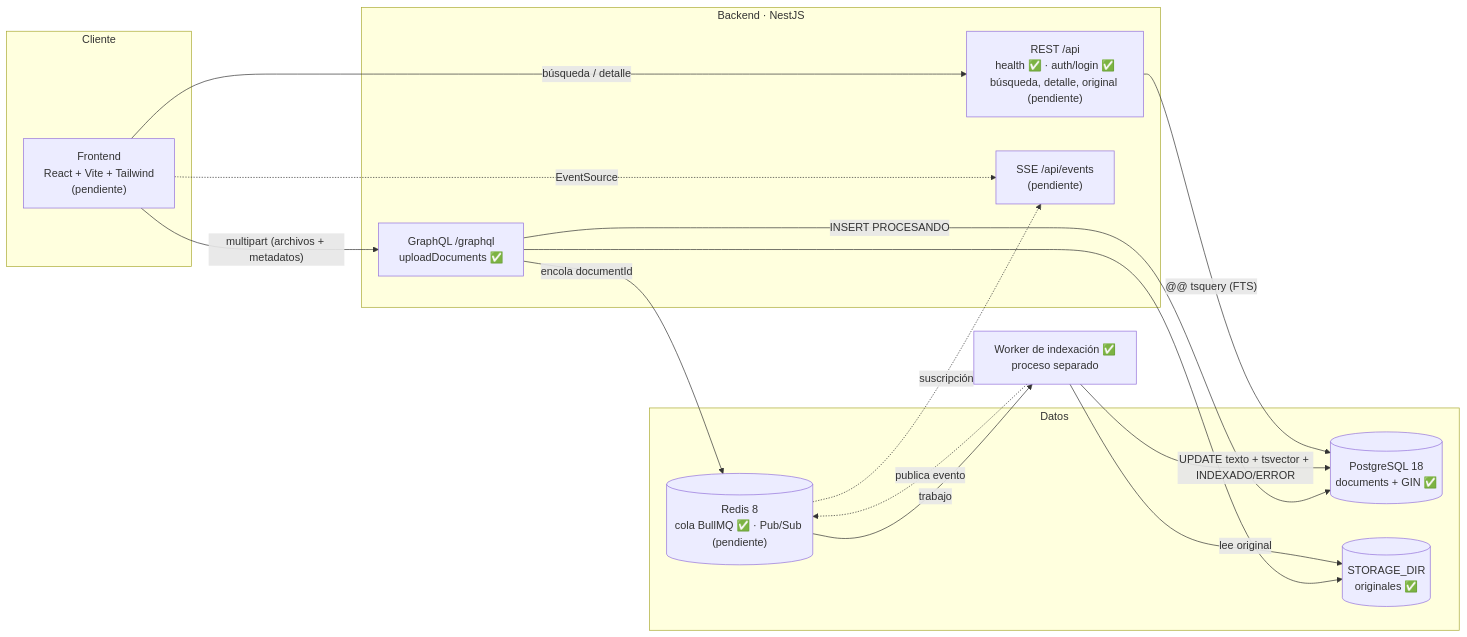
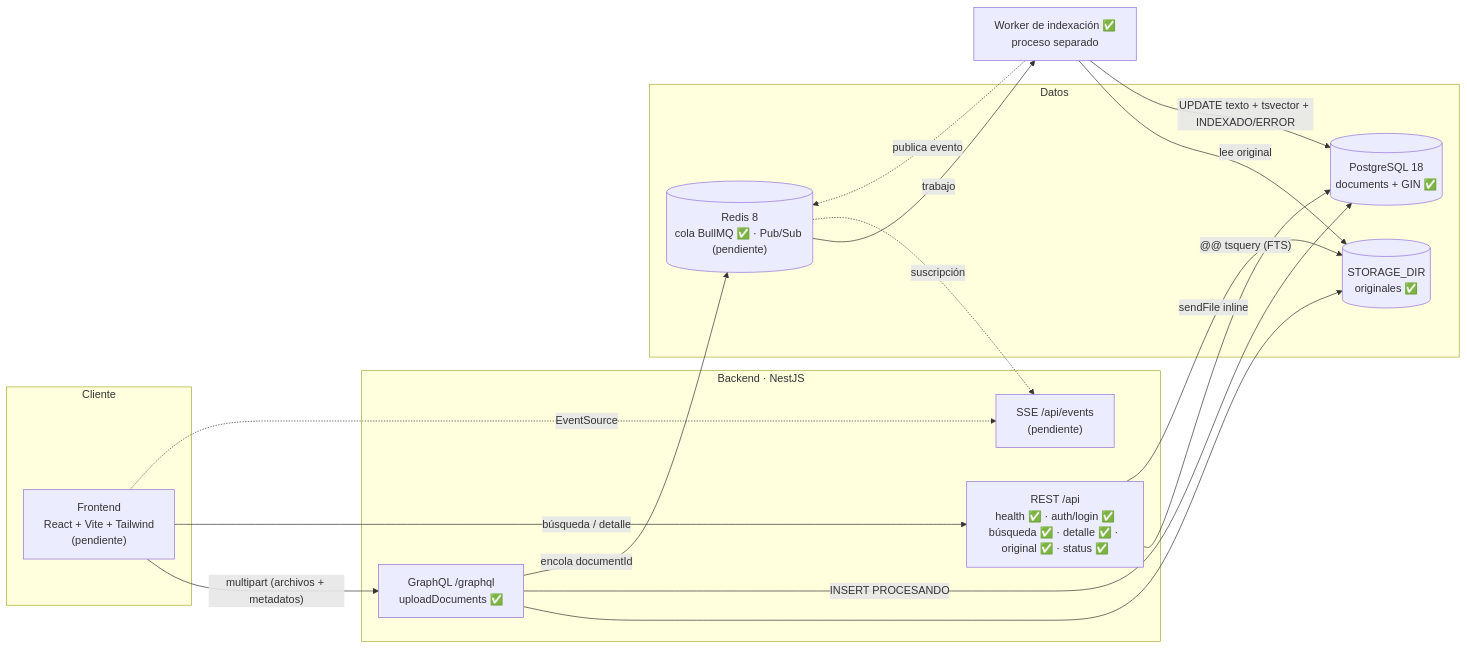
One commit to camilollamas/pt_documental changed the diagram in docs/architecture.md. Above: the diagram before and after it, drawn with Mermaid. The commit also changed other lines of this file and 10 other files, not shown here.

First line of the commit message:
feat(search): búsqueda full-text paginada con resaltado seguro, detalle y original

````diff
--- a/docs/architecture.md
+++ b/docs/architecture.md
@@ -7,33 +7,34 @@
 ```mermaid
 flowchart LR
     subgraph Cliente
         UI["Frontend<br/>React + Vite + Tailwind<br/>(pendiente)"]
     end
 
     subgraph API["Backend · NestJS"]
         GQL["GraphQL /graphql<br/>uploadDocuments ✅"]
-        REST["REST /api<br/>health ✅ · auth/login ✅<br/>búsqueda, detalle, original (pendiente)"]
+        REST["REST /api<br/>health ✅ · auth/login ✅<br/>búsqueda ✅ · detalle ✅ · original ✅ · status ✅"]
         SSE["SSE /api/events<br/>(pendiente)"]
     end
 
     subgraph Datos
         PG[("PostgreSQL 18<br/>documents + GIN ✅")]
         FS[("STORAGE_DIR<br/>originales ✅")]
         RQ[("Redis 8<br/>cola BullMQ ✅ · Pub/Sub (pendiente)")]
     end
 
     W["Worker de indexación ✅<br/>proceso separado"]
 
     UI -- "multipart (archivos + metadatos)" --> GQL
     UI -- "búsqueda / detalle" --> REST
     UI -. "EventSource" .-> SSE
     GQL --> FS
     GQL -- "INSERT PROCESANDO" --> PG
     GQL -- "encola documentId" --> RQ
     RQ -- "trabajo" --> W
     W -- "lee original" --> FS
     W -- "UPDATE texto + tsvector + INDEXADO/ERROR" --> PG
     W -. "publica evento" .-> RQ
     RQ -. "suscripción" .-> SSE
     REST -- "@@ tsquery (FTS)" --> PG
+    REST -- "sendFile inline" --> FS
 ```
````
